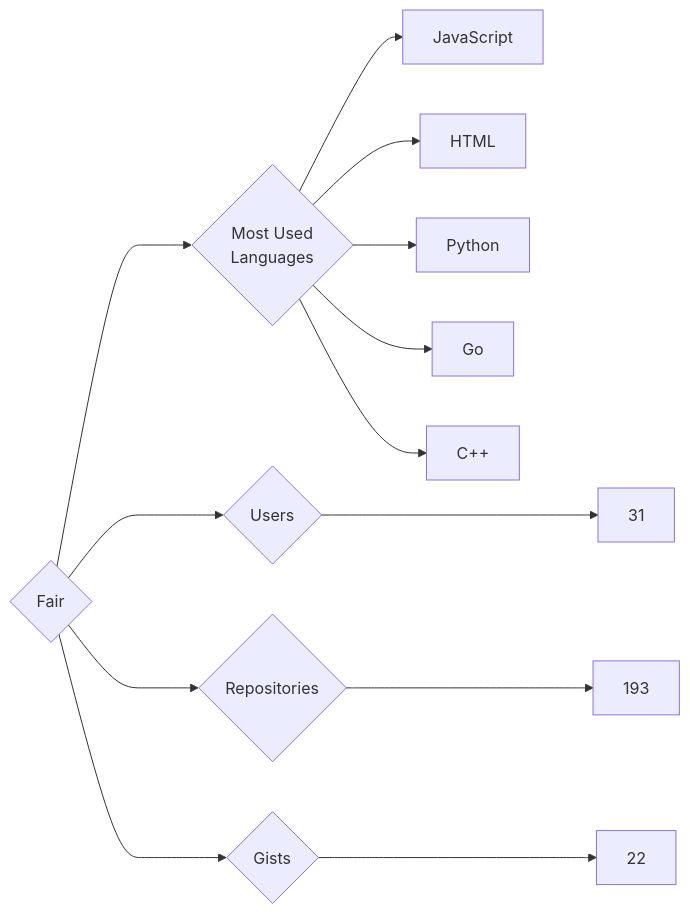
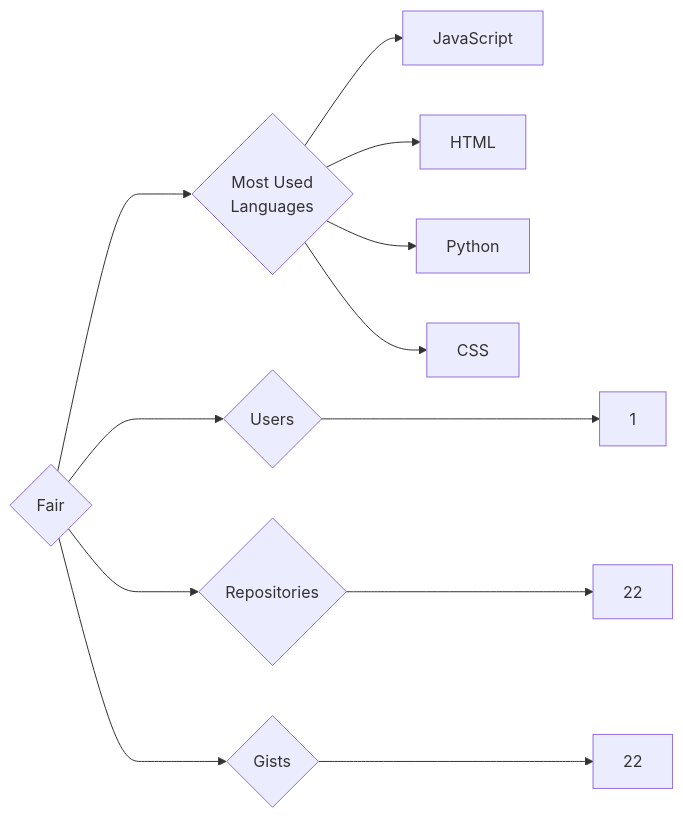
The diagram in targets/Fair/README.md (trickest/insiders), drawn with Mermaid before and after one commit. The commit also changed 900 other files, not shown here.

````diff
--- a/targets/Fair/README.md
+++ b/targets/Fair/README.md
@@ -3,13 +3,12 @@
 ```mermaid
 graph LR
 COMPANY_NAME{Fair}
-COMPANY_NAME ---> U{Users} ---> UN[31]
-COMPANY_NAME ---> R{Repositories} ---> RN[193]
+COMPANY_NAME ---> U{Users} ---> UN[1]
+COMPANY_NAME ---> R{Repositories} ---> RN[22]
 COMPANY_NAME ---> G{Gists} ---> GN[22]
 COMPANY_NAME ---> ML{Most Used<br>Languages}
 ML --> JavaScript[JavaScript]
 ML --> HTML[HTML]
 ML --> Python[Python]
-ML --> Go[Go]
-ML --> C++[C++]
+ML --> CSS[CSS]
 ```
````
